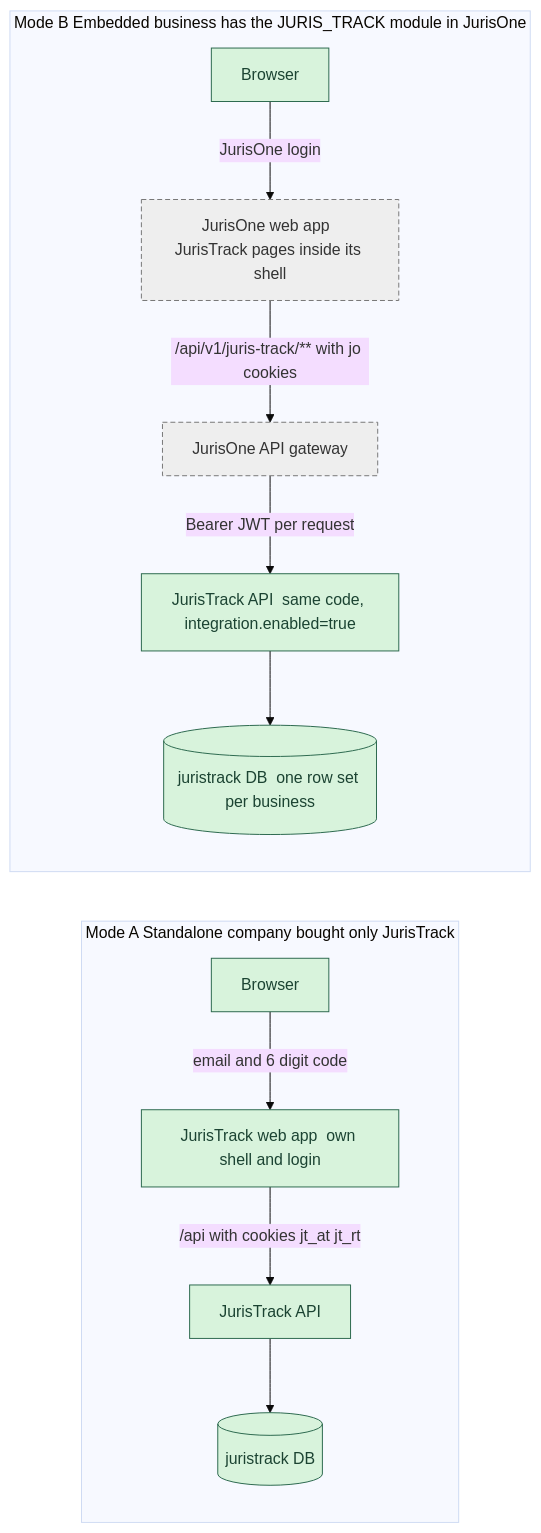
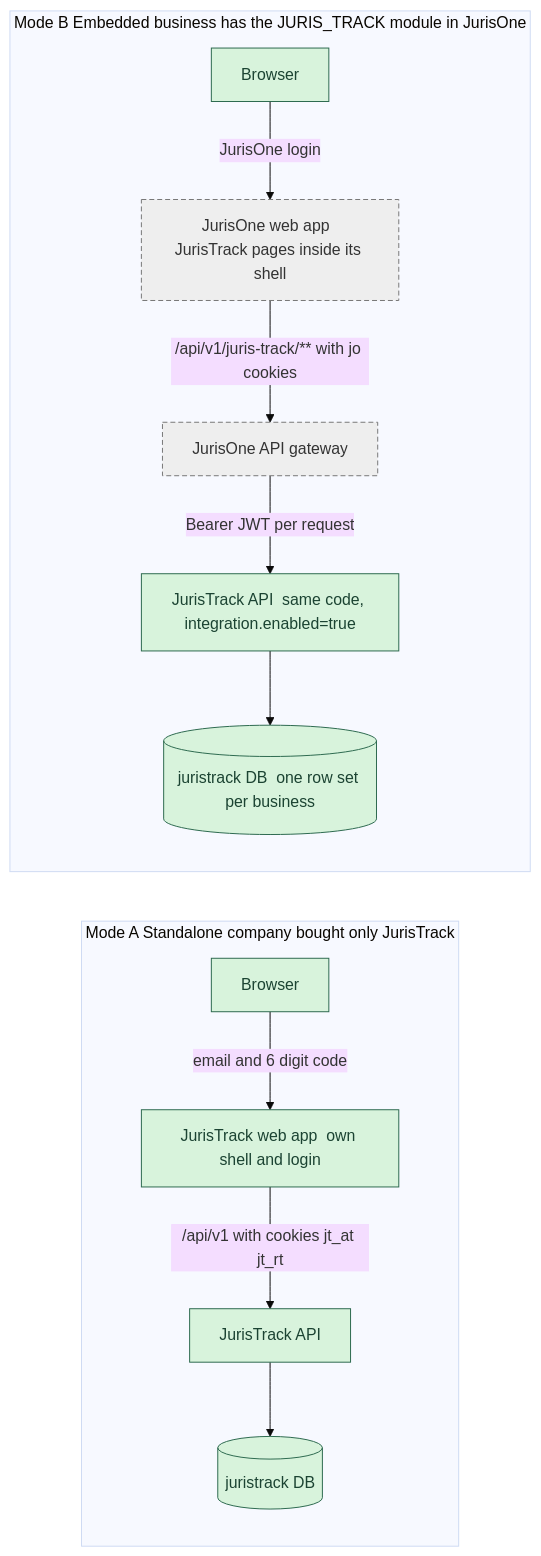
The third of 6 diagrams in references/FLOW-JurisTrack-JurisOne-Connection.md (amitjurislpo/Juris-one), drawn with Mermaid (base theme) before and after one commit. The commit also changed other lines of this file and 5 other files, not shown here.

First line of the commit message:
Docs: version entries for the /api/v1 change; JurisTrack paths in the connection flow

````diff
--- a/references/FLOW-JurisTrack-JurisOne-Connection.md
+++ b/references/FLOW-JurisTrack-JurisOne-Connection.md
@@ -111,30 +114,30 @@
 ```mermaid
 flowchart LR
     subgraph STAND["Mode A  Standalone  company bought only JurisTrack"]
         direction TB
         SB["Browser"]:::built
         SW["JurisTrack web app  own shell and login"]:::built
         SA["JurisTrack API"]:::built
         SD[("juristrack DB")]:::built
         SB -->|"email and 6 digit code"| SW
-        SW -->|"/api with cookies jt_at jt_rt"| SA
+        SW -->|"/api/v1 with cookies jt_at jt_rt"| SA
         SA --> SD
     end
 
     subgraph EMB["Mode B  Embedded  business has the JURIS_TRACK module in JurisOne"]
         direction TB
         EB["Browser"]:::built
         EW["JurisOne web app  JurisTrack pages inside its shell"]:::planned
         EG["JurisOne API  gateway"]:::planned
         EA["JurisTrack API  same code, integration.enabled=true"]:::built
         ED[("juristrack DB  one row set per business")]:::built
         EB -->|"JurisOne login"| EW
         EW -->|"/api/v1/juris-track/** with jo cookies"| EG
         EG -->|"Bearer JWT per request"| EA
         EA --> ED
     end
 
     classDef built fill:#d8f3dc,stroke:#2d6a4f,color:#1b4332
     classDef specified fill:#fff3bf,stroke:#b08900,color:#5c4500
     classDef planned fill:#eeeeee,stroke:#777777,color:#333333,stroke-dasharray: 5 3
 ```
````
